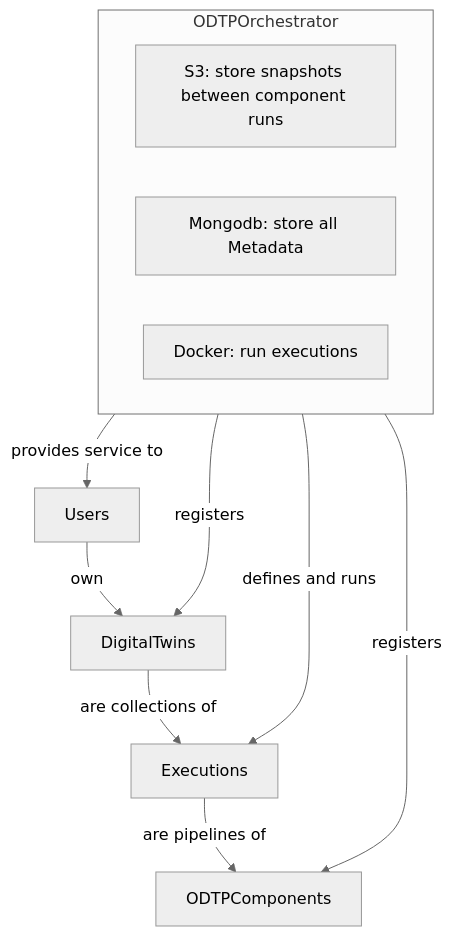
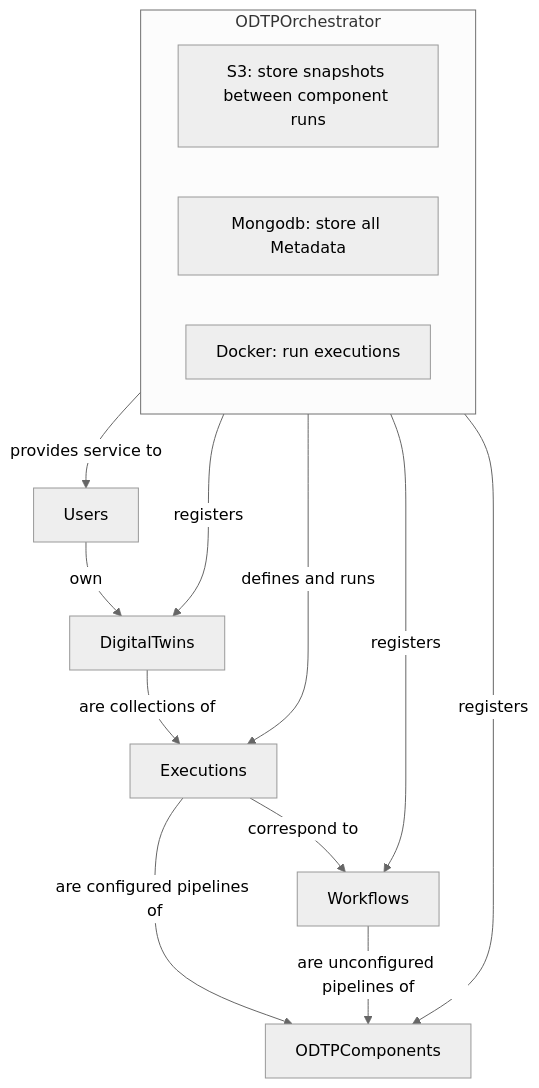
One commit to odtp-org/odtp-manuals changed the diagram in docs/orchestrator/index.md. Above: the diagram before and after it, drawn with Mermaid (neutral theme). The commit also changed other lines of this file and 106 other files, not shown here.

````diff
--- a/docs/orchestrator/index.md
+++ b/docs/orchestrator/index.md
@@ -5,15 +5,18 @@
 ``` mermaid
 graph TD;
     ODTPOrchestrator --> |defines and runs| Executions
     ODTPOrchestrator --> |registers| ODTPComponents
+    ODTPOrchestrator --> |registers| Workflows
     ODTPOrchestrator --> |provides service to| Users
     ODTPOrchestrator --> |registers| DigitalTwins
     Users --> |own| DigitalTwins
     DigitalTwins --> |are collections of| Executions
-    Executions --> |are pipelines of| ODTPComponents
+    Executions --> |correspond to| Workflows
+    Executions --> |are configured pipelines of| ODTPComponents
+    Workflows --> |are unconfigured pipelines of| ODTPComponents
     subgraph ODTPOrchestrator
     Minio[S3: store snapshots between component runs]
     Mongodb[Mongodb: store all Metadata]
     Docker[Docker: run executions]
     end
-```  
+```
````
